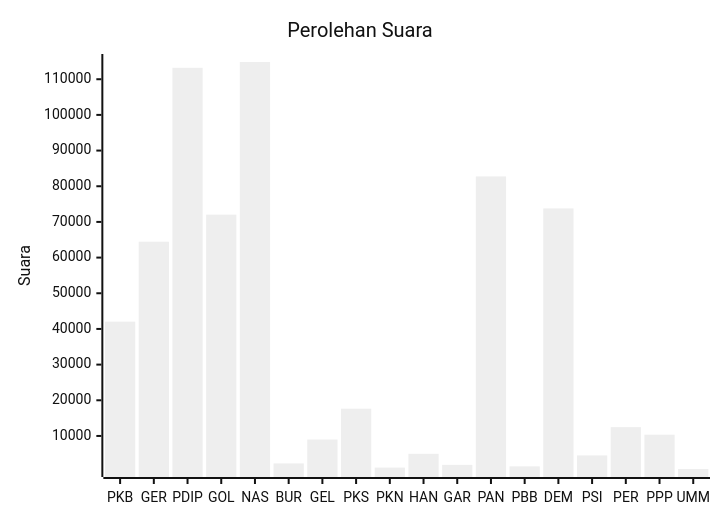
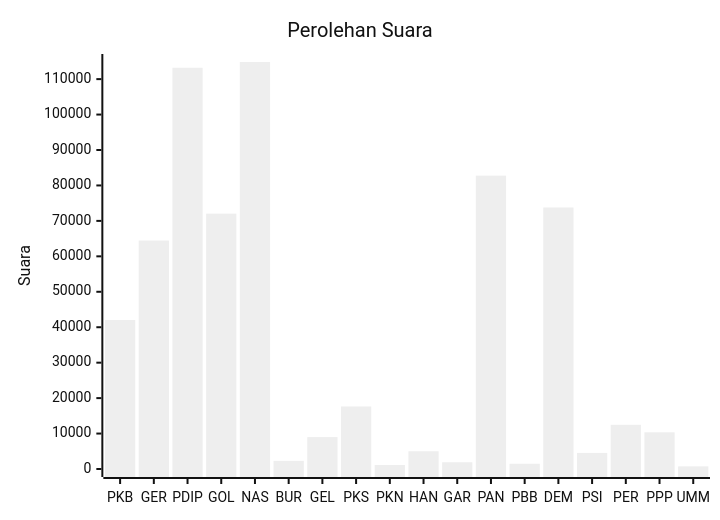
One commit to gigit-pemilu/pemilu-2024 changed the diagram in pileg-dpr/hitung-suara/sub/table-wilayah-76.md. Above: the diagram before and after it, drawn with Mermaid (neutral theme). The commit also changed 57 other files, not shown here.

````diff
--- a/pileg-dpr/hitung-suara/sub/table-wilayah-76.md
+++ b/pileg-dpr/hitung-suara/sub/table-wilayah-76.md
@@ -7,7 +7,7 @@
 ```mermaid
 xychart-beta
     title "Perolehan Suara"
     x-axis [PKB, GER, PDIP, GOL, NAS, BUR, GEL, PKS, PKN, HAN, GAR, PAN, PBB, DEM, PSI, PER, PPP, UMM]
-    y-axis "Suara"
+    y-axis "Suara" 0 --> 114829
     bar [42045, 64451, 113200, 72042, 114829, 2301, 8999, 17634, 1126, 5000, 1899, 82759, 1472, 73783, 4540, 12469, 10348, 736]
 ```
````
